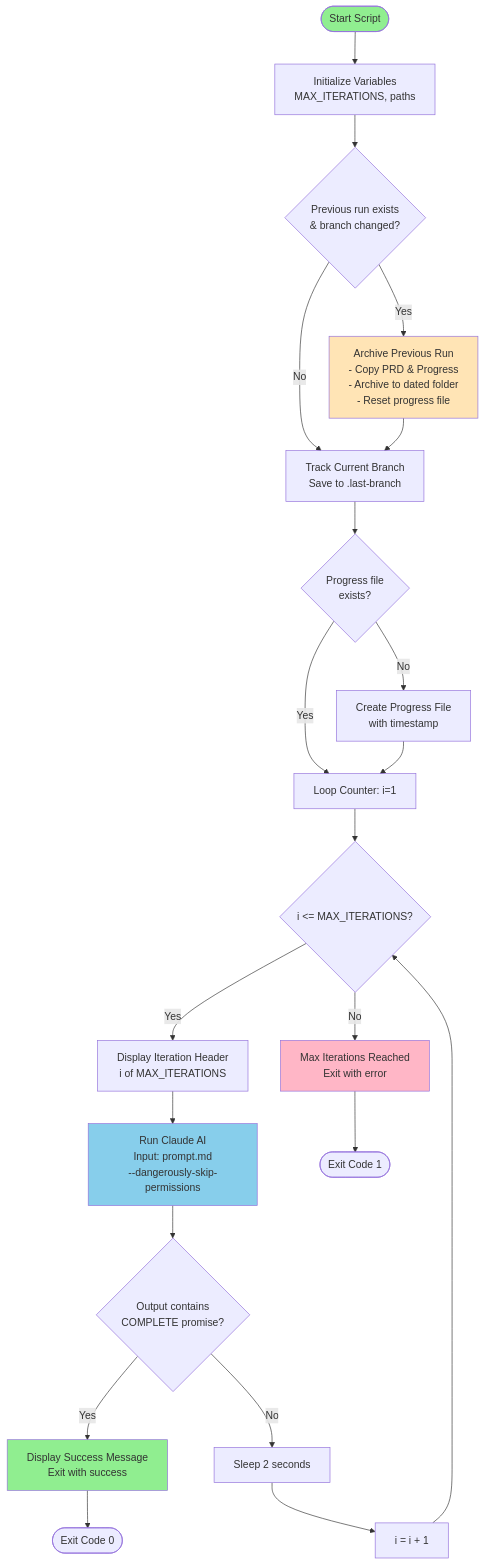
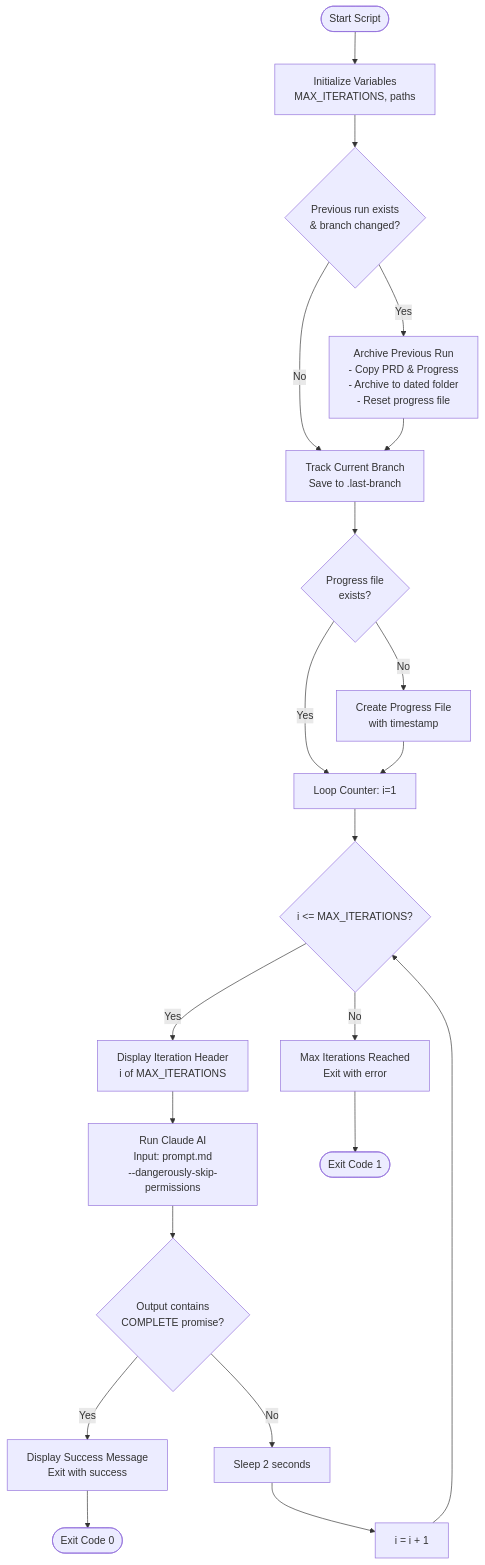
One commit to leewsimpson/mume changed the diagram in scripts/ralph/ralph.md. Above: the diagram before and after it, drawn with Mermaid. The commit also changed 9 other files, not shown here.

````diff
--- a/scripts/ralph/ralph.md
+++ b/scripts/ralph/ralph.md
@@ -9,38 +9,33 @@
 ```mermaid
 flowchart TD
     Start([Start Script]) --> Init[Initialize Variables<br/>MAX_ITERATIONS, paths]
     Init --> CheckArchive{Previous run exists<br/>& branch changed?}
     
     CheckArchive -->|Yes| Archive[Archive Previous Run<br/>- Copy PRD & Progress<br/>- Archive to dated folder<br/>- Reset progress file]
     CheckArchive -->|No| TrackBranch
     Archive --> TrackBranch[Track Current Branch<br/>Save to .last-branch]
     
     TrackBranch --> InitProgress{Progress file<br/>exists?}
     InitProgress -->|No| CreateProgress[Create Progress File<br/>with timestamp]
     InitProgress -->|Yes| Loop
     CreateProgress --> Loop
     
     Loop[Loop Counter: i=1] --> LoopCheck{i <= MAX_ITERATIONS?}
     
     LoopCheck -->|No| MaxReached[Max Iterations Reached<br/>Exit with error]
     LoopCheck -->|Yes| Display[Display Iteration Header<br/>i of MAX_ITERATIONS]
     
     Display --> RunClaude[Run Claude AI<br/>Input: prompt.md<br/>--dangerously-skip-permissions]
     
     RunClaude --> CheckOutput{Output contains<br/>COMPLETE promise?}
     
     CheckOutput -->|Yes| Success[Display Success Message<br/>Exit with success]
     CheckOutput -->|No| Sleep[Sleep 2 seconds]
     
     Sleep --> Increment[i = i + 1]
     Increment --> LoopCheck
     
     MaxReached --> End1([Exit Code 1])
     Success --> End0([Exit Code 0])
-    
-    style Start fill:#90EE90
-    style Success fill:#90EE90
-    style MaxReached fill:#FFB6C6
-    style RunClaude fill:#87CEEB
-    style Archive fill:#FFE4B5
+
 ```
````
